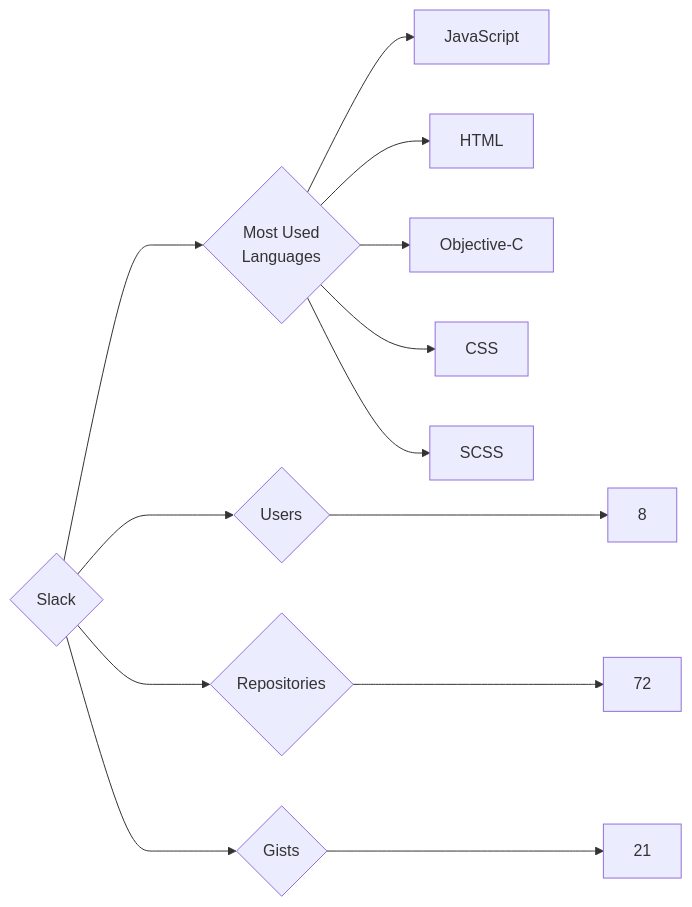
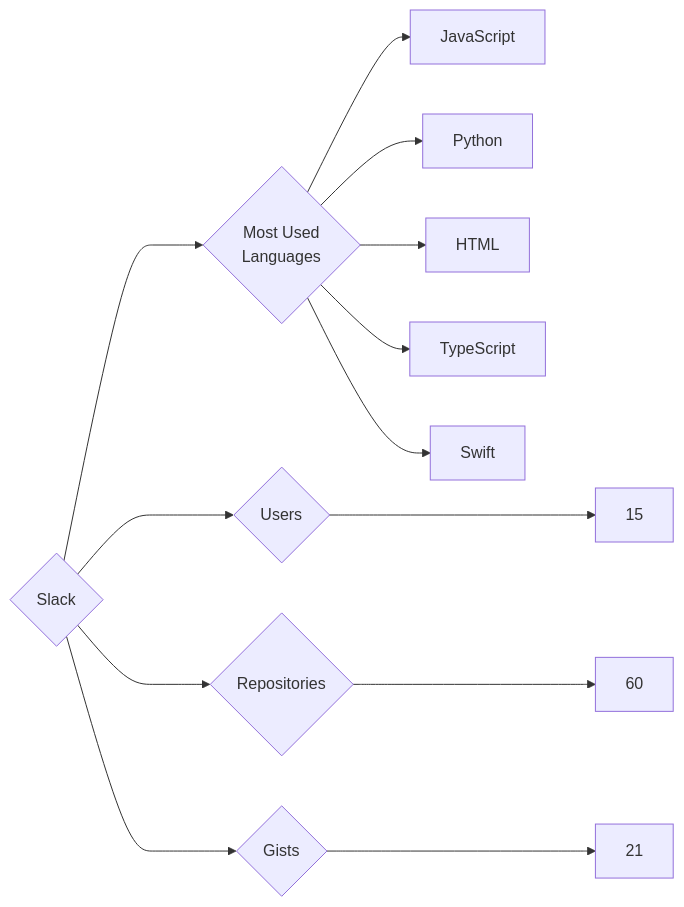
One commit to trickest/insiders changed the diagram in targets/Slack/README.md. Above: the diagram before and after it, drawn with Mermaid. The commit also changed 796 other files, not shown here.

````diff
--- a/targets/Slack/README.md
+++ b/targets/Slack/README.md
@@ -3,13 +3,13 @@
 ```mermaid
 graph LR
 COMPANY_NAME{Slack}
-COMPANY_NAME ---> U{Users} ---> UN[8]
-COMPANY_NAME ---> R{Repositories} ---> RN[72]
+COMPANY_NAME ---> U{Users} ---> UN[15]
+COMPANY_NAME ---> R{Repositories} ---> RN[60]
 COMPANY_NAME ---> G{Gists} ---> GN[21]
 COMPANY_NAME ---> ML{Most Used<br>Languages}
 ML --> JavaScript[JavaScript]
+ML --> Python[Python]
 ML --> HTML[HTML]
-ML --> Objective-C[Objective-C]
-ML --> CSS[CSS]
-ML --> SCSS[SCSS]
+ML --> TypeScript[TypeScript]
+ML --> Swift[Swift]
 ```
````
